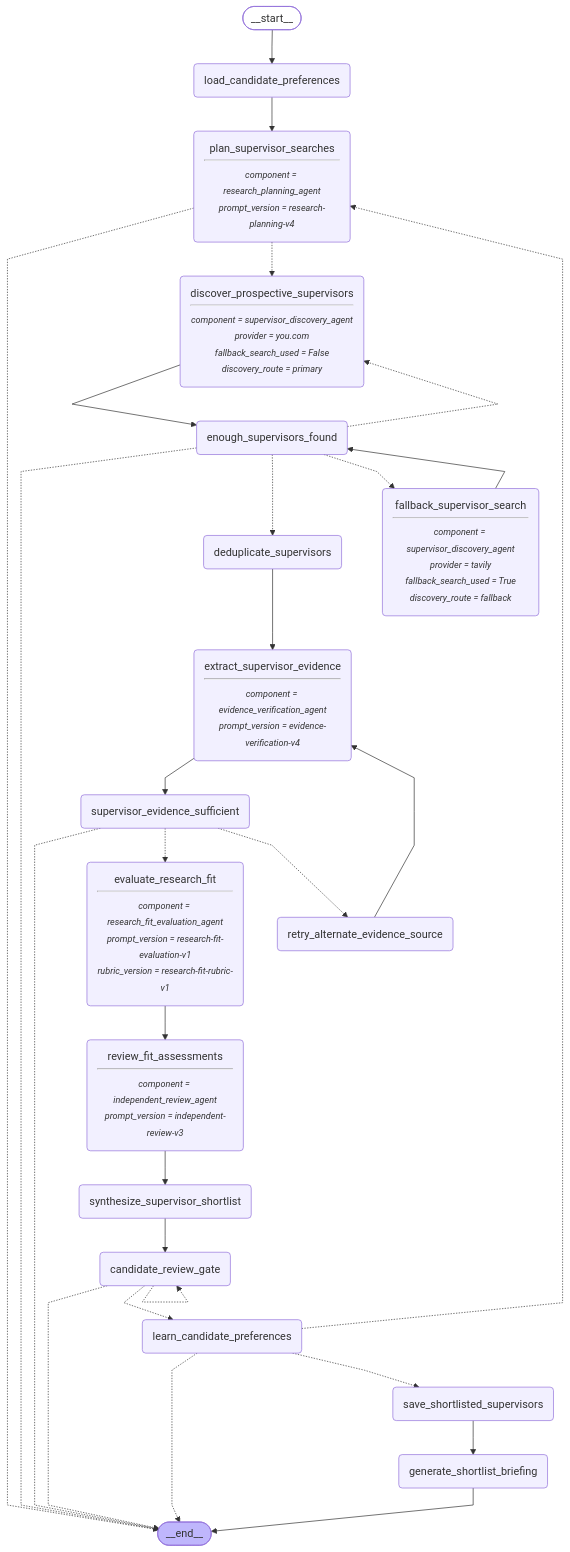
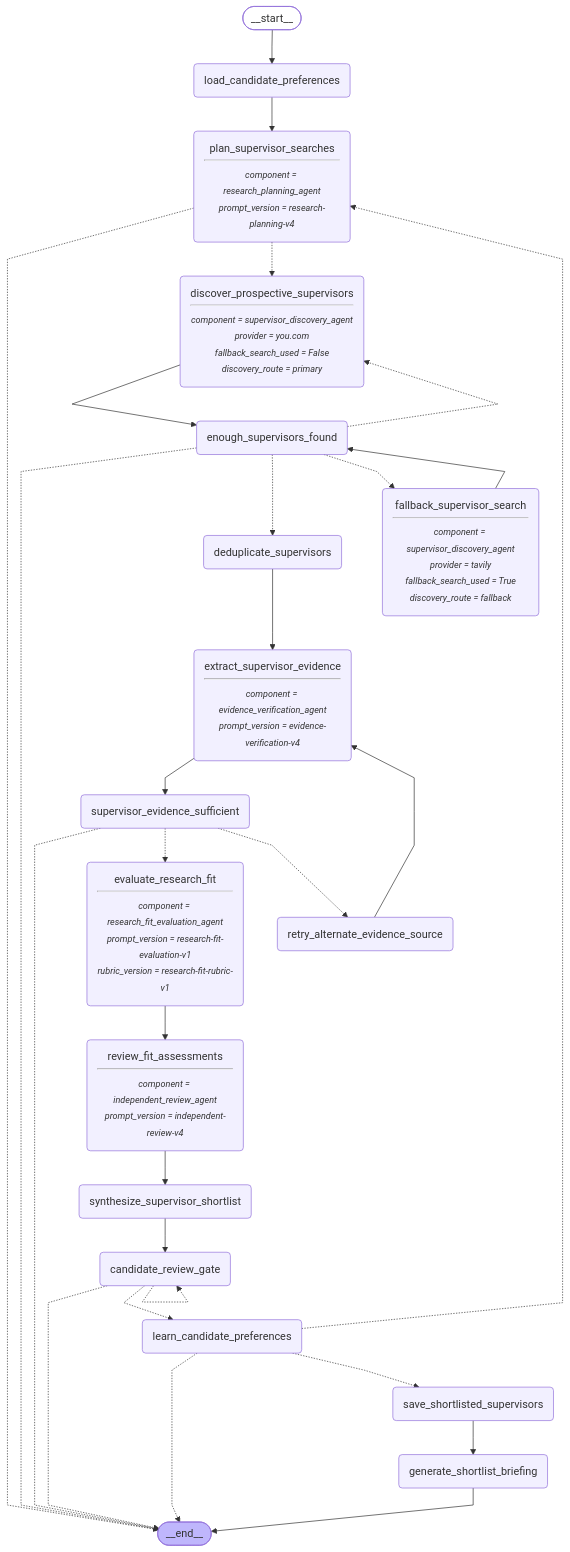
Before and after one commit to shanly-rajan/ai-builder: the diagram in projects/scholar-path/docs/m10-candidate-preference-memory-graph.mmd, drawn with Mermaid. The commit also changed 23 other files, not shown here.

```diff
--- a/projects/scholar-path/docs/m10-candidate-preference-memory-graph.mmd
+++ b/projects/scholar-path/docs/m10-candidate-preference-memory-graph.mmd
@@ -1,65 +1,65 @@
 ---
 config:
   flowchart:
     curve: linear
 ---
 graph TD;
 	__start__([<p>__start__</p>]):::first
 	load_candidate_preferences(load_candidate_preferences)
 	plan_supervisor_searches(plan_supervisor_searches<hr/><small><em>component = research_planning_agent
 prompt_version = research-planning-v4</em></small>)
 	discover_prospective_supervisors(discover_prospective_supervisors<hr/><small><em>component = supervisor_discovery_agent
 provider = you.com
 fallback_search_used = False
 discovery_route = primary</em></small>)
 	enough_supervisors_found(enough_supervisors_found)
 	fallback_supervisor_search(fallback_supervisor_search<hr/><small><em>component = supervisor_discovery_agent
 provider = tavily
 fallback_search_used = True
 discovery_route = fallback</em></small>)
 	deduplicate_supervisors(deduplicate_supervisors)
 	extract_supervisor_evidence(extract_supervisor_evidence<hr/><small><em>component = evidence_verification_agent
 prompt_version = evidence-verification-v4</em></small>)
 	supervisor_evidence_sufficient(supervisor_evidence_sufficient)
 	retry_alternate_evidence_source(retry_alternate_evidence_source)
 	evaluate_research_fit(evaluate_research_fit<hr/><small><em>component = research_fit_evaluation_agent
 prompt_version = research-fit-evaluation-v1
 rubric_version = research-fit-rubric-v1</em></small>)
 	review_fit_assessments(review_fit_assessments<hr/><small><em>component = independent_review_agent
-prompt_version = independent-review-v3</em></small>)
+prompt_version = independent-review-v4</em></small>)
 	synthesize_supervisor_shortlist(synthesize_supervisor_shortlist)
 	candidate_review_gate(candidate_review_gate)
 	learn_candidate_preferences(learn_candidate_preferences)
 	save_shortlisted_supervisors(save_shortlisted_supervisors)
 	generate_shortlist_briefing(generate_shortlist_briefing)
 	__end__([<p>__end__</p>]):::last
 	__start__ --> load_candidate_preferences;
 	candidate_review_gate -.-> __end__;
 	candidate_review_gate -.-> learn_candidate_preferences;
 	deduplicate_supervisors --> extract_supervisor_evidence;
 	discover_prospective_supervisors --> enough_supervisors_found;
 	enough_supervisors_found -.-> __end__;
 	enough_supervisors_found -.-> deduplicate_supervisors;
 	enough_supervisors_found -.-> discover_prospective_supervisors;
 	enough_supervisors_found -.-> fallback_supervisor_search;
 	evaluate_research_fit --> review_fit_assessments;
 	extract_supervisor_evidence --> supervisor_evidence_sufficient;
 	fallback_supervisor_search --> enough_supervisors_found;
 	learn_candidate_preferences -.-> __end__;
 	learn_candidate_preferences -.-> plan_supervisor_searches;
 	learn_candidate_preferences -.-> save_shortlisted_supervisors;
 	load_candidate_preferences --> plan_supervisor_searches;
 	plan_supervisor_searches -.-> __end__;
 	plan_supervisor_searches -.-> discover_prospective_supervisors;
 	retry_alternate_evidence_source --> extract_supervisor_evidence;
 	review_fit_assessments --> synthesize_supervisor_shortlist;
 	save_shortlisted_supervisors --> generate_shortlist_briefing;
 	supervisor_evidence_sufficient -.-> __end__;
 	supervisor_evidence_sufficient -.-> evaluate_research_fit;
 	supervisor_evidence_sufficient -.-> retry_alternate_evidence_source;
 	synthesize_supervisor_shortlist --> candidate_review_gate;
 	generate_shortlist_briefing --> __end__;
 	candidate_review_gate -.-> candidate_review_gate;
 	classDef default fill:#f2f0ff,line-height:1.2
 	classDef first fill-opacity:0
 	classDef last fill:#bfb6fc
```
